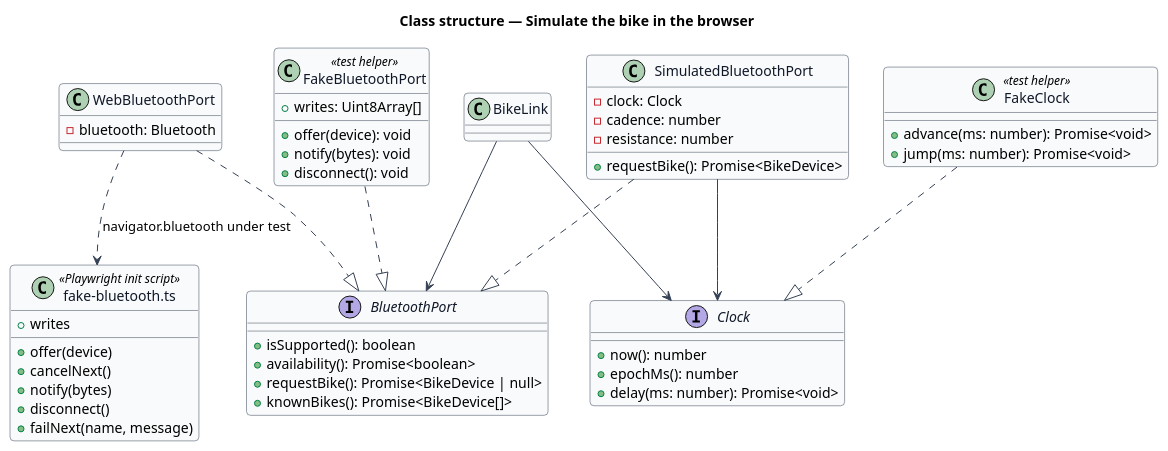
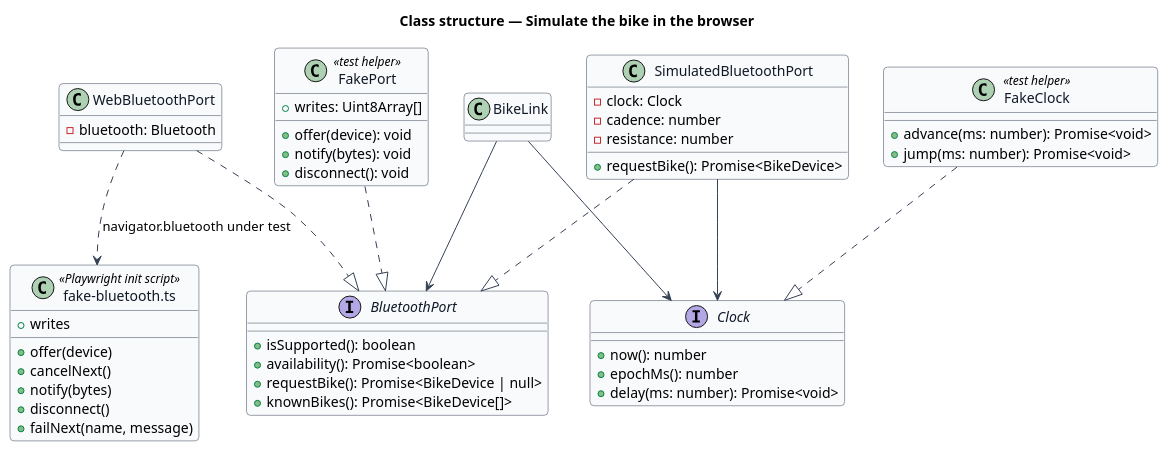
Before and after one commit to QuinntyneBrown/ride-one: the diagram in docs/detailed-designs/browser-edition/simulate-bike-in-browser/diagrams/class-structure.puml, drawn with PlantUML. The commit also changed 14 other files, not shown here.

```diff
--- a/docs/detailed-designs/browser-edition/simulate-bike-in-browser/diagrams/class-structure.puml
+++ b/docs/detailed-designs/browser-edition/simulate-bike-in-browser/diagrams/class-structure.puml
@@ -1,62 +1,62 @@
 @startuml
 skinparam backgroundColor #FFFFFF
 skinparam shadowing false
 skinparam roundcorner 8
 skinparam defaultFontName Arial
 skinparam ArrowColor #344054
 skinparam class {
   BorderColor #344054
   FontColor #101828
   BackgroundColor #F9FAFB
 }
 title Class structure — Simulate the bike in the browser
 
 interface BluetoothPort {
   +isSupported(): boolean
   +availability(): Promise<boolean>
   +requestBike(): Promise<BikeDevice | null>
   +knownBikes(): Promise<BikeDevice[]>
 }
 class WebBluetoothPort {
   -bluetooth: Bluetooth
 }
 class SimulatedBluetoothPort {
   -clock: Clock
   -cadence: number
   -resistance: number
   +requestBike(): Promise<BikeDevice>
 }
-class FakeBluetoothPort <<test helper>> {
+class FakePort <<test helper>> {
   +offer(device): void
   +notify(bytes): void
   +disconnect(): void
   +writes: Uint8Array[]
 }
 interface Clock {
   +now(): number
   +epochMs(): number
   +delay(ms: number): Promise<void>
 }
 class FakeClock <<test helper>> {
   +advance(ms: number): Promise<void>
   +jump(ms: number): Promise<void>
 }
 class BikeLink
 class "fake-bluetooth.ts" as fixture <<Playwright init script>> {
   +offer(device)
   +cancelNext()
   +notify(bytes)
   +disconnect()
   +failNext(name, message)
   +writes
 }
 
 WebBluetoothPort ..|> BluetoothPort
 SimulatedBluetoothPort ..|> BluetoothPort
-FakeBluetoothPort ..|> BluetoothPort
+FakePort ..|> BluetoothPort
 FakeClock ..|> Clock
 SimulatedBluetoothPort --> Clock
 BikeLink --> BluetoothPort
 BikeLink --> Clock
 WebBluetoothPort ..> fixture : navigator.bluetooth under test
 @enduml
```
